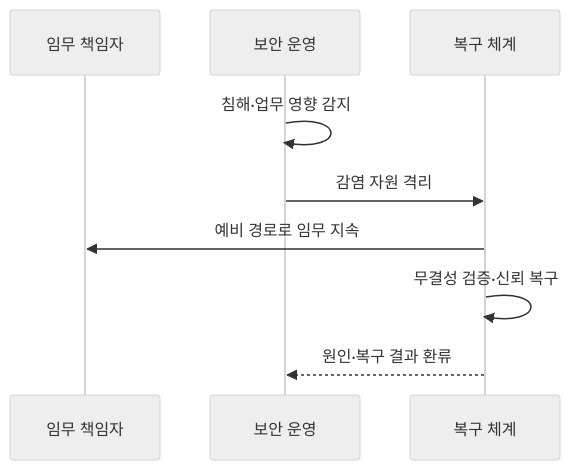
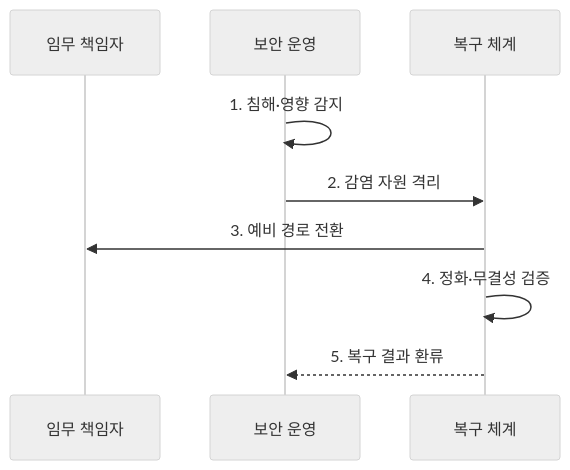
One commit to agnusdei1207/knowledge-base changed the second of 2 diagrams in src/content/docs/notes/03-software/196_cyber_resilience.md. Above: the diagram before and after it, drawn with Mermaid (neutral theme). The commit also changed other lines of this file and 20 other files, not shown here.

````diff
--- a/src/content/docs/notes/03-software/196_cyber_resilience.md
+++ b/src/content/docs/notes/03-software/196_cyber_resilience.md
@@ -78,11 +82,11 @@
 ```mermaid
 sequenceDiagram
     participant M as 임무 책임자
     participant S as 보안 운영
     participant R as 복구 체계
-    S->>S: 침해·업무 영향 감지
-    S->>R: 감염 자원 격리
-    R->>M: 예비 경로로 임무 지속
-    R->>R: 무결성 검증·신뢰 복구
-    R-->>S: 원인·복구 결과 환류
+    S->>S: 1. 침해·영향 감지
+    S->>R: 2. 감염 자원 격리
+    R->>M: 3. 예비 경로 전환
+    R->>R: 4. 정화·무결성 검증
+    R-->>S: 5. 복구 결과 환류
 ```
````
